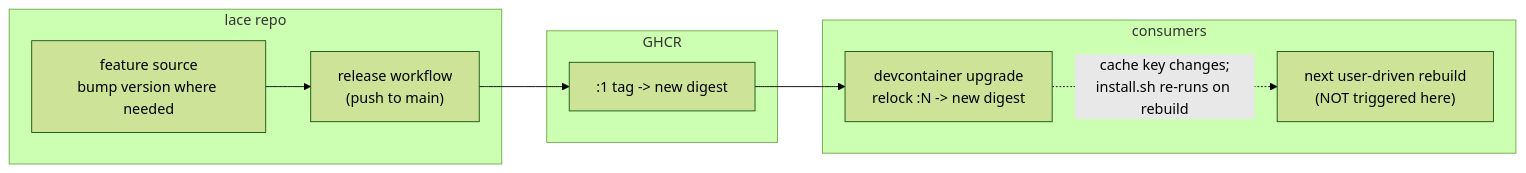
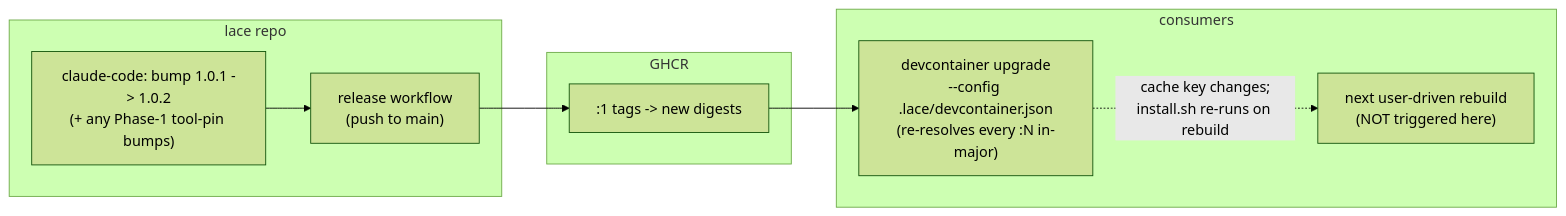
One commit to weftwiseink/lace changed the diagram in cdocs/proposals/2026-09-12-feature-version-update-sweep.md. Above: the diagram before and after it, drawn with Mermaid (forest theme). The commit also changed other lines of this file, not shown here.

First line of the commit message:
docs(devcontainer): revise feature update sweep per R1 review

````diff
--- a/cdocs/proposals/2026-09-12-feature-version-update-sweep.md
+++ b/cdocs/proposals/2026-09-12-feature-version-update-sweep.md
@@ -89,15 +109,15 @@
 ```mermaid
 flowchart LR
   subgraph lace [lace repo]
-    SRC["feature source<br/>bump version where needed"]
+    SRC["claude-code: bump 1.0.1 -> 1.0.2<br/>(+ any Phase-1 tool-pin bumps)"]
     WF["release workflow<br/>(push to main)"]
   end
   subgraph ghcr [GHCR]
-    TAG[":1 tag -> new digest"]
+    TAG[":1 tags -> new digests"]
   end
   subgraph consumers [consumers]
-    LOCK["devcontainer upgrade<br/>relock :N -> new digest"]
+    LOCK["devcontainer upgrade<br/>--config .lace/devcontainer.json<br/>(re-resolves every :N in-major)"]
     RB["next user-driven rebuild<br/>(NOT triggered here)"]
   end
   SRC --> WF --> TAG --> LOCK -.->|"cache key changes;<br/>install.sh re-runs on rebuild"| RB
 ```
````
